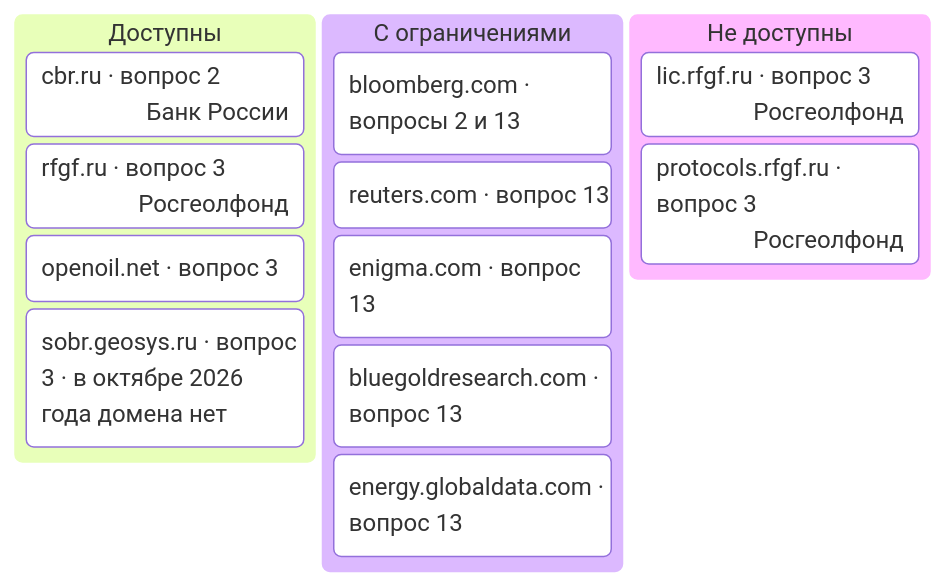
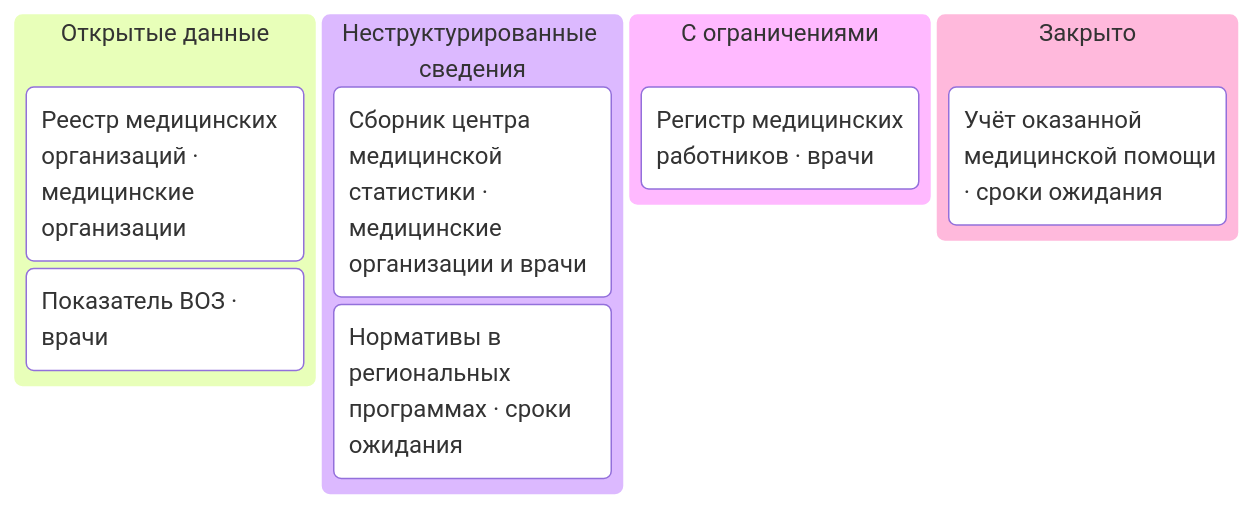
One commit to ivbeg/data-inventory changed the third of 3 diagrams in docs/06-tools/02-mindmaps-and-boards.md. Above: the diagram before and after it, drawn with Mermaid. The commit also changed other lines of this file and 88 other files, not shown here.

````diff
--- a/docs/06-tools/02-mindmaps-and-boards.md
+++ b/docs/06-tools/02-mindmaps-and-boards.md
@@ -186,17 +180,13 @@
 ```mermaid
 kanban
-  available[Доступны]
-    k1[cbr.ru · вопрос 2]@{ assigned: 'Банк России' }
-    k2[rfgf.ru · вопрос 3]@{ assigned: 'Росгеолфонд' }
-    k3[openoil.net · вопрос 3]
-    k4[sobr.geosys.ru · вопрос 3 · в октябре 2026 года домена нет]
+  open[Открытые данные]
+    k1[Реестр медицинских организаций · медицинские организации]
+    k2[Показатель ВОЗ · врачи]
+  unstructured[Неструктурированные сведения]
+    k3[Сборник центра медицинской статистики · медицинские организации и врачи]
+    k4[Нормативы в региональных программах · сроки ожидания]
   restricted[С ограничениями]
-    k5[bloomberg.com · вопросы 2 и 13]
-    k6[reuters.com · вопрос 13]
-    k7[enigma.com · вопрос 13]
-    k8[bluegoldresearch.com · вопрос 13]
-    k9[energy.globaldata.com · вопрос 13]
-  unavailable[Не доступны]
-    k10[lic.rfgf.ru · вопрос 3]@{ assigned: 'Росгеолфонд' }
-    k11[protocols.rfgf.ru · вопрос 3]@{ assigned: 'Росгеолфонд' }
+    k5[Регистр медицинских работников · врачи]
+  closed[Закрыто]
+    k6[Учёт оказанной медицинской помощи · сроки ожидания]
 ```
````
